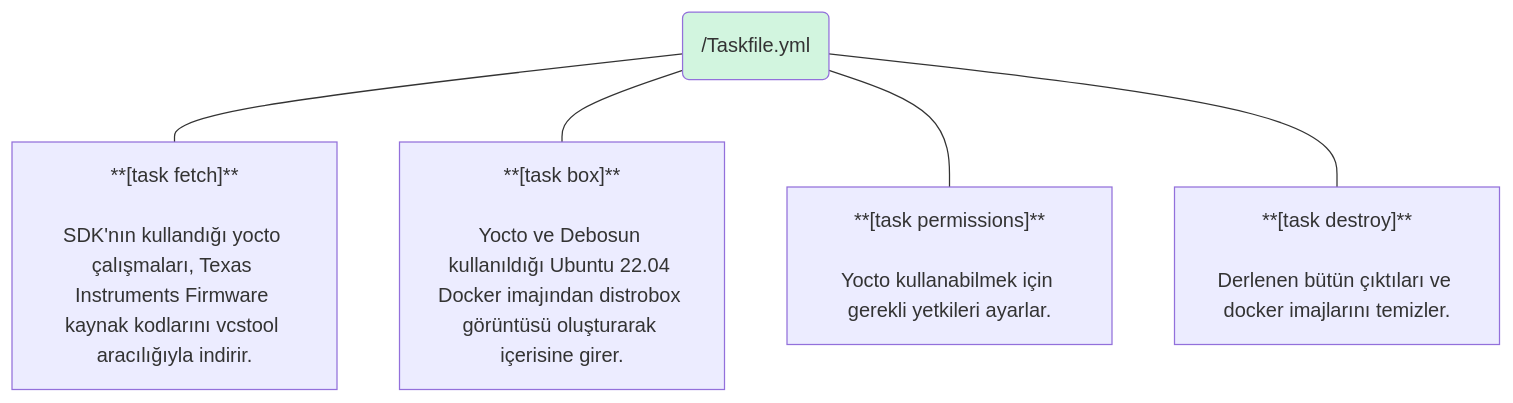
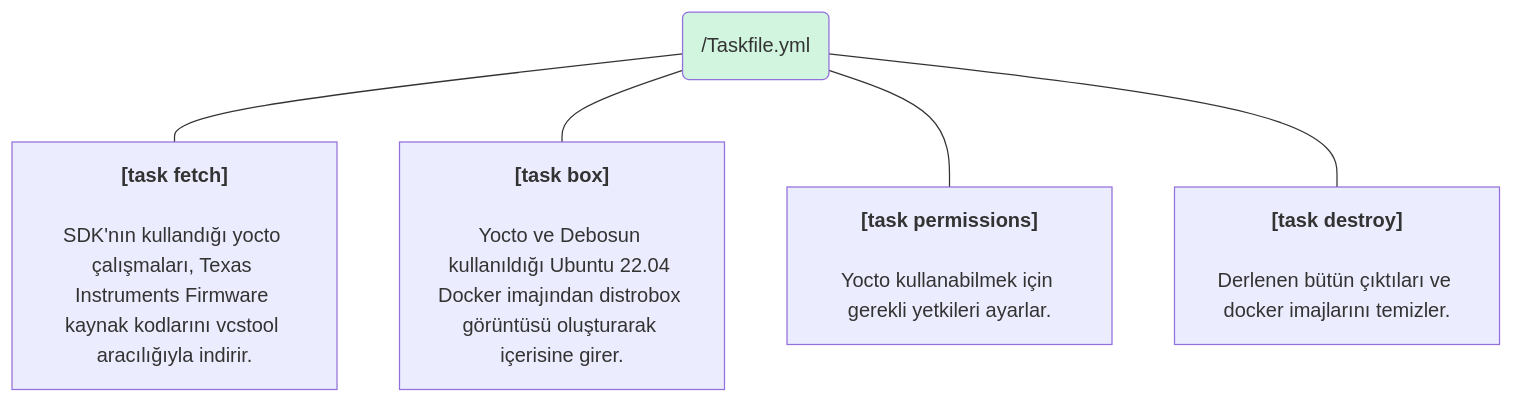
Before and after one commit to t3gemstone/docs: the second of 4 diagrams in tr/sdk/components.mdx, drawn with Mermaid. The commit also changed other lines of this file and 176 other files, not shown here.

````diff
--- a/tr/sdk/components.mdx
+++ b/tr/sdk/components.mdx
@@ -158,10 +158,10 @@
 ```mermaid
 flowchart
 	n1["/Taskfile.yml"]
 	style n1 fill:#D2F5DF
-	n1 --- n5["**[task fetch]**<br><br>SDK'nın kullandığı yocto çalışmaları, Texas Instruments Firmware kaynak kodlarını vcstool aracılığıyla indirir."]
-	n1 --- n6["**[task box]**<br><br>Yocto ve Debosun kullanıldığı Ubuntu 22.04 Docker imajından distrobox görüntüsü oluşturarak içerisine girer."]
-	n1 --- n7["**[task permissions]**<br><br>Yocto kullanabilmek için gerekli yetkileri ayarlar."]
-	n1 --- n11["**[task destroy]**<br><br>Derlenen bütün çıktıları ve docker imajlarını temizler."]
+	n1 --- n5@{ label: "**[task fetch]**<br><br>SDK'nın kullandığı yocto çalışmaları, Texas Instruments Firmware kaynak kodlarını vcstool aracılığıyla indirir." }
+	n1 --- n6@{ label: "**[task box]**<br><br>Yocto ve Debosun kullanıldığı Ubuntu 22.04 Docker imajından distrobox görüntüsü oluşturarak içerisine girer." }
+	n1 --- n7@{ label: "**[task permissions]**<br><br>Yocto kullanabilmek için gerekli yetkileri ayarlar." }
+	n1 --- n11@{ label: "**[task destroy]**<br><br>Derlenen bütün çıktıları ve docker imajlarını temizler." }
   n1@{ shape: "rounded", label: "/Taskfile.yml" }
 ```
````
